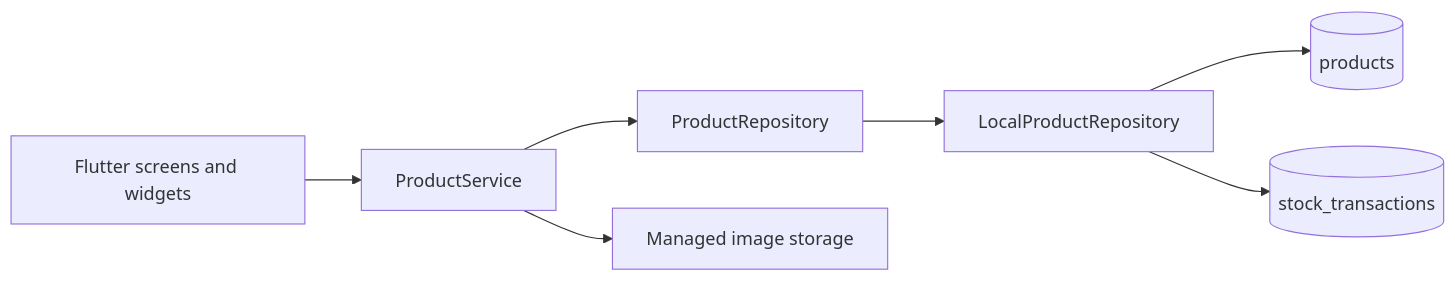
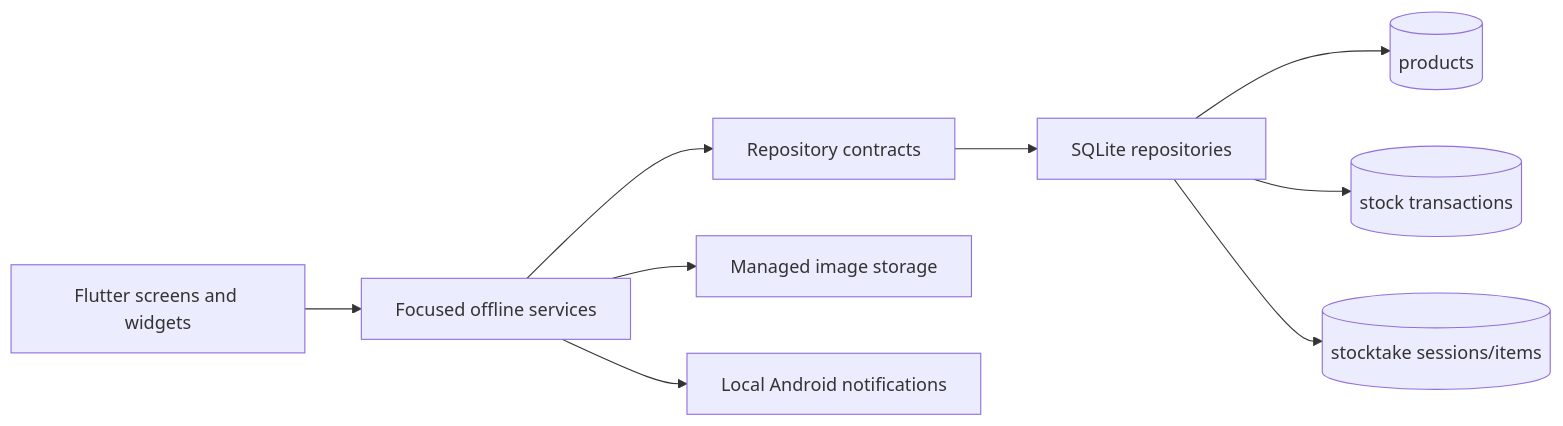
Before and after one commit to jrpbone/StockLens: the diagram in README.md, drawn with Mermaid. The commit also changed other lines of this file and 70 other files, not shown here.

````diff
--- a/README.md
+++ b/README.md
@@ -101,9 +136,11 @@
 ```mermaid
 flowchart LR
-    UI[Flutter screens and widgets] --> Service[ProductService]
-    Service --> Contract[ProductRepository]
-    Contract --> Local[LocalProductRepository]
-    Local --> Products[(products)]
-    Local --> History[(stock_transactions)]
-    Service --> Images[Managed image storage]
+    UI[Flutter screens and widgets] --> Services[Focused offline services]
+    Services --> Contracts[Repository contracts]
+    Contracts --> SQLite[SQLite repositories]
+    SQLite --> Products[(products)]
+    SQLite --> History[(stock transactions)]
+    SQLite --> Counts[(stocktake sessions/items)]
+    Services --> Images[Managed image storage]
+    Services --> Notify[Local Android notifications]
 ```
````
